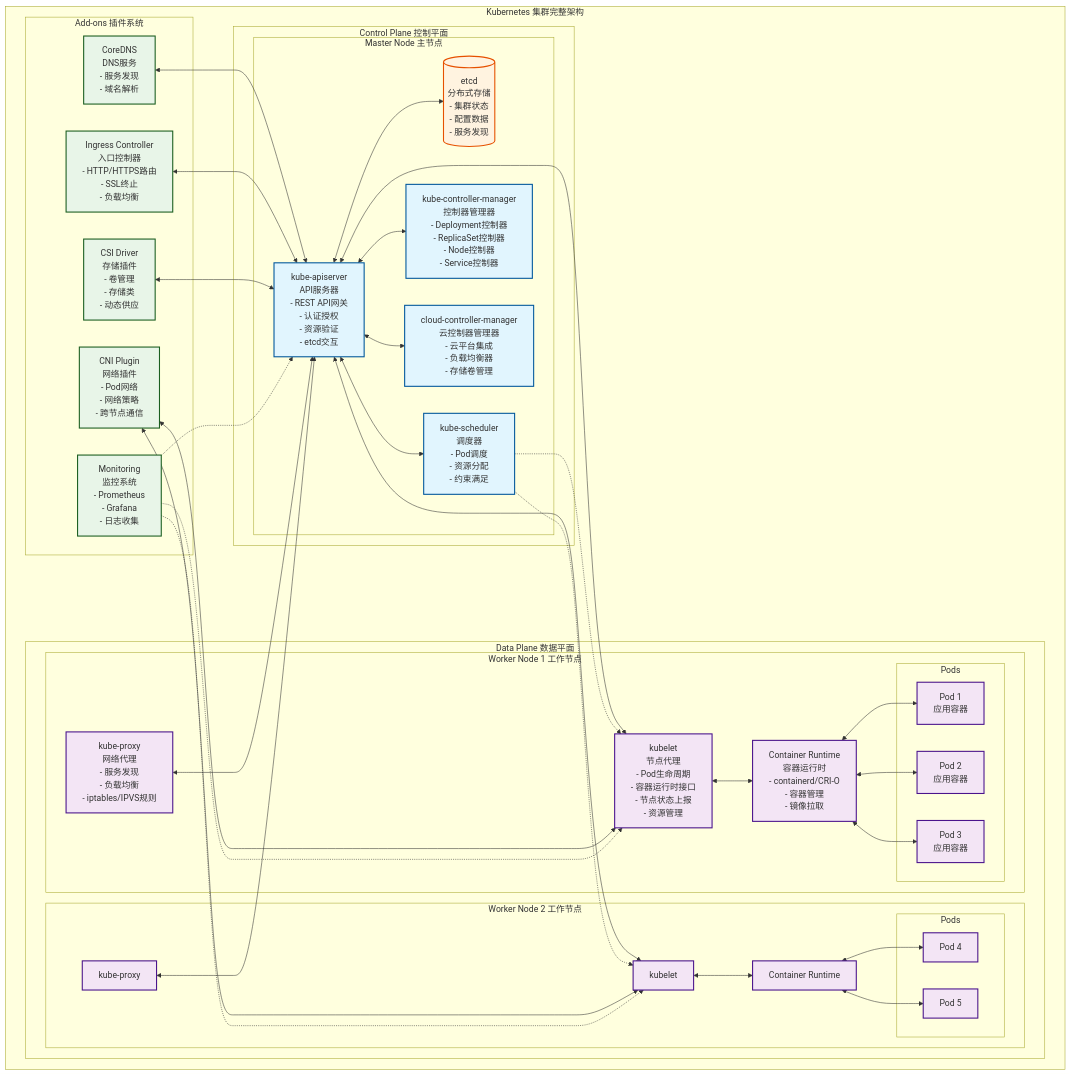
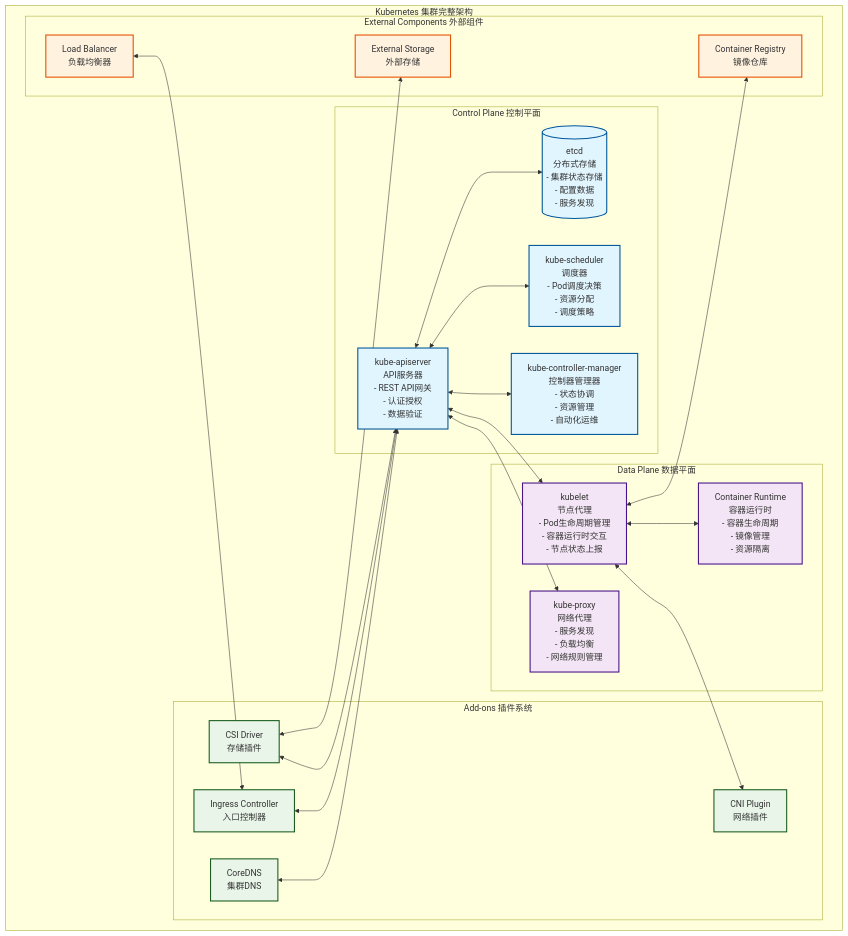
Before and after one commit to haoyunlt/myblog: the first of 6 diagrams in content/posts/kubernetes-complete-analysis.md, drawn with Mermaid. The commit also changed other lines of this file and 335 other files, not shown here.

````diff
--- a/content/posts/kubernetes-complete-analysis.md
+++ b/content/posts/kubernetes-complete-analysis.md
@@ -28,92 +14,63 @@
 graph TB
     subgraph "Kubernetes 集群完整架构"
         subgraph "Control Plane 控制平面"
-            subgraph "Master Node 主节点"
-                API[kube-apiserver<br/>API服务器<br/>- REST API网关<br/>- 认证授权<br/>- 资源验证<br/>- etcd交互]
-                ETCD[(etcd<br/>分布式存储<br/>- 集群状态<br/>- 配置数据<br/>- 服务发现)]
-                SCHED[kube-scheduler<br/>调度器<br/>- Pod调度<br/>- 资源分配<br/>- 约束满足]
-                CM[kube-controller-manager<br/>控制器管理器<br/>- Deployment控制器<br/>- ReplicaSet控制器<br/>- Node控制器<br/>- Service控制器]
-                CCM[cloud-controller-manager<br/>云控制器管理器<br/>- 云平台集成<br/>- 负载均衡器<br/>- 存储卷管理]
-            end
+            API[kube-apiserver<br/>API服务器<br/>- REST API网关<br/>- 认证授权<br/>- 数据验证]
+            ETCD[(etcd<br/>分布式存储<br/>- 集群状态存储<br/>- 配置数据<br/>- 服务发现)]
+            SCHED[kube-scheduler<br/>调度器<br/>- Pod调度决策<br/>- 资源分配<br/>- 调度策略]
+            CM[kube-controller-manager<br/>控制器管理器<br/>- 状态协调<br/>- 资源管理<br/>- 自动化运维]
         end
-
+        
         subgraph "Data Plane 数据平面"
-            subgraph "Worker Node 1 工作节点"
-                KUBELET1[kubelet<br/>节点代理<br/>- Pod生命周期<br/>- 容器运行时接口<br/>- 节点状态上报<br/>- 资源管理]
-                PROXY1[kube-proxy<br/>网络代理<br/>- 服务发现<br/>- 负载均衡<br/>- iptables/IPVS规则]
-                RUNTIME1[Container Runtime<br/>容器运行时<br/>- containerd/CRI-O<br/>- 容器管理<br/>- 镜像拉取]
-                
-                subgraph "Pods"
-                    POD1[Pod 1<br/>应用容器]
-                    POD2[Pod 2<br/>应用容器]
-                    POD3[Pod 3<br/>应用容器]
-                end
-            end
-
-            subgraph "Worker Node 2 工作节点"
-                KUBELET2[kubelet]
-                PROXY2[kube-proxy]
-                RUNTIME2[Container Runtime]
-                
-                subgraph "Pods "
-                    POD4[Pod 4]
-                    POD5[Pod 5]
-                end
-            end
+            KUBELET[kubelet<br/>节点代理<br/>- Pod生命周期管理<br/>- 容器运行时交互<br/>- 节点状态上报]
+            PROXY[kube-proxy<br/>网络代理<br/>- 服务发现<br/>- 负载均衡<br/>- 网络规则管理]
+            RUNTIME[Container Runtime<br/>容器运行时<br/>- 容器生命周期<br/>- 镜像管理<br/>- 资源隔离]
         end
-
+        
         subgraph "Add-ons 插件系统"
-            DNS[CoreDNS<br/>DNS服务<br/>- 服务发现<br/>- 域名解析]
-            INGRESS[Ingress Controller<br/>入口控制器<br/>- HTTP/HTTPS路由<br/>- SSL终止<br/>- 负载均衡]
-            CNI[CNI Plugin<br/>网络插件<br/>- Pod网络<br/>- 网络策略<br/>- 跨节点通信]
-            CSI[CSI Driver<br/>存储插件<br/>- 卷管理<br/>- 存储类<br/>- 动态供应]
-            MONITOR[Monitoring<br/>监控系统<br/>- Prometheus<br/>- Grafana<br/>- 日志收集]
+            DNS[CoreDNS<br/>集群DNS]
+            INGRESS[Ingress Controller<br/>入口控制器]
+            CNI[CNI Plugin<br/>网络插件]
+            CSI[CSI Driver<br/>存储插件]
+        end
+        
+        subgraph "External Components 外部组件"
+            LB[Load Balancer<br/>负载均衡器]
+            STORAGE[External Storage<br/>外部存储]
+            REGISTRY[Container Registry<br/>镜像仓库]
         end
     end
-
+    
     %% 控制平面内部连接
     API <--> ETCD
     API <--> SCHED
     API <--> CM
-    API <--> CCM
     
     %% 控制平面与数据平面连接
-    API <--> KUBELET1
-    API <--> KUBELET2
-    SCHED -.-> KUBELET1
-    SCHED -.-> KUBELET2
+    API <--> KUBELET
+    API <--> PROXY
     
     %% 数据平面内部连接
-    KUBELET1 <--> RUNTIME1
-    KUBELET2 <--> RUNTIME2
-    RUNTIME1 <--> POD1
-    RUNTIME1 <--> POD2
-    RUNTIME1 <--> POD3
-    RUNTIME2 <--> POD4
-    RUNTIME2 <--> POD5
-    
-    %% 网络代理连接
-    PROXY1 <--> API
-    PROXY2 <--> API
+    KUBELET <--> RUNTIME
+    KUBELET <--> CNI
     
     %% 插件系统连接
     DNS <--> API
     INGRESS <--> API
-    CNI <--> KUBELET1
-    CNI <--> KUBELET2
     CSI <--> API
-    MONITOR -.-> API
-    MONITOR -.-> KUBELET1
-    MONITOR -.-> KUBELET2
-
+    
+    %% 外部组件连接
+    LB <--> INGRESS
+    KUBELET <--> REGISTRY
+    CSI <--> STORAGE
+    
     %% 样式定义
     classDef controlPlane fill:#e1f5fe,stroke:#01579b,stroke-width:2px
     classDef dataPlane fill:#f3e5f5,stroke:#4a148c,stroke-width:2px
     classDef addons fill:#e8f5e8,stroke:#1b5e20,stroke-width:2px
-    classDef storage fill:#fff3e0,stroke:#e65100,stroke-width:2px
+    classDef external fill:#fff3e0,stroke:#e65100,stroke-width:2px
     
-    class API,SCHED,CM,CCM controlPlane
-    class KUBELET1,KUBELET2,PROXY1,PROXY2,RUNTIME1,RUNTIME2,POD1,POD2,POD3,POD4,POD5 dataPlane
-    class DNS,INGRESS,CNI,CSI,MONITOR addons
-    class ETCD storage
+    class API,ETCD,SCHED,CM controlPlane
+    class KUBELET,PROXY,RUNTIME dataPlane
+    class DNS,INGRESS,CNI,CSI addons
+    class LB,STORAGE,REGISTRY external
 ```
````
